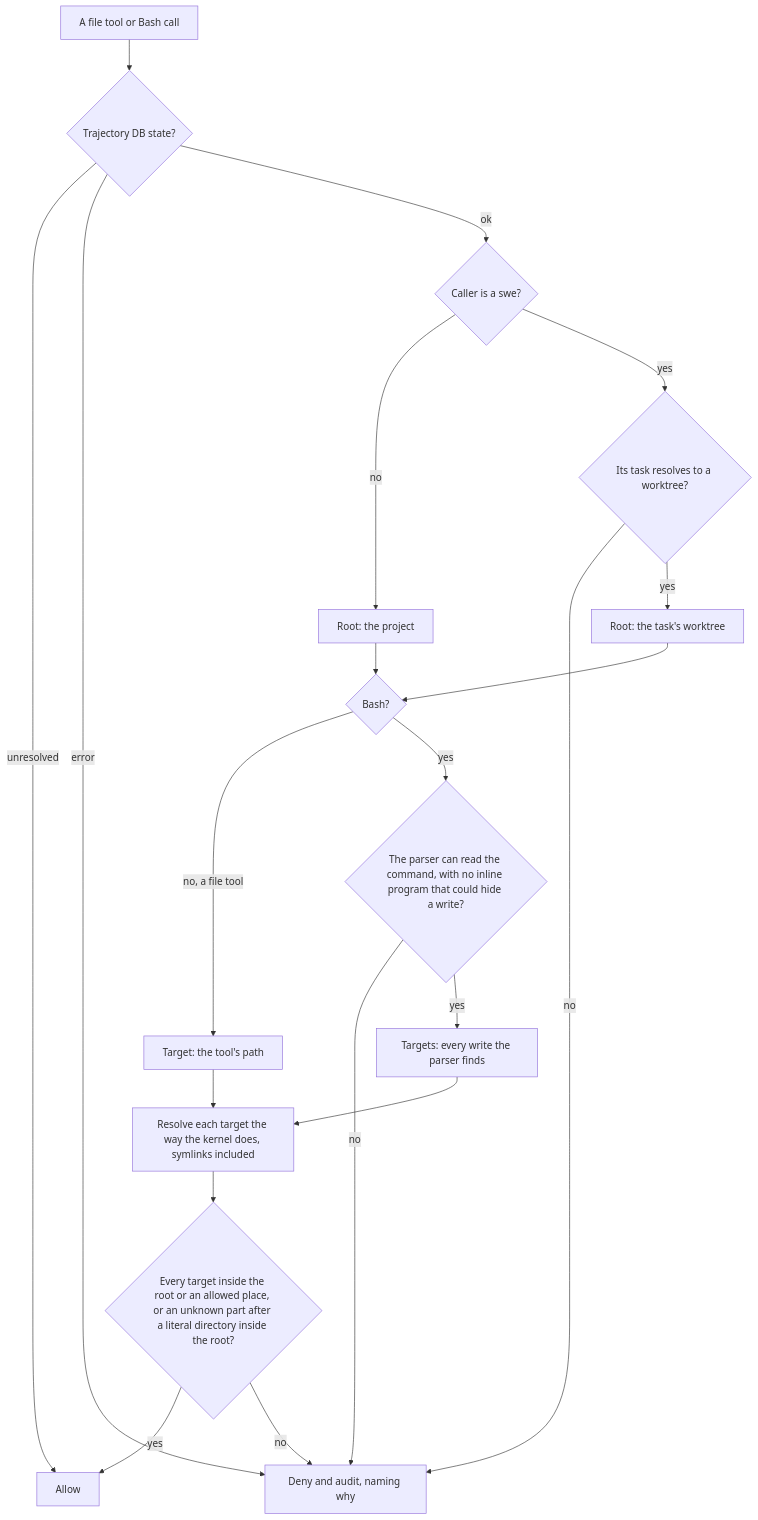
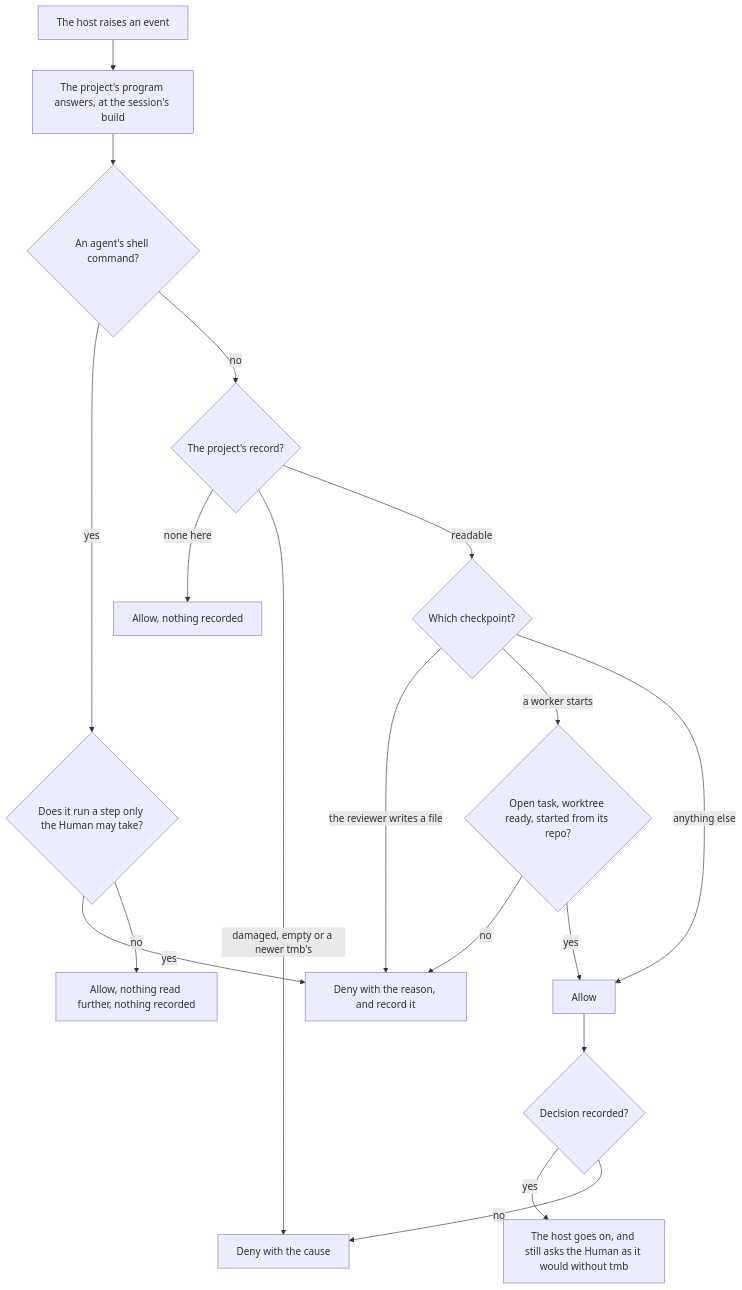
Before and after one commit to trustmybot/tmb: the first of 2 diagrams in docs/architecture/CONTAINMENT.md, drawn with Mermaid. The commit also changed other lines of this file and 38 other files, not shown here.

````diff
--- a/docs/architecture/CONTAINMENT.md
+++ b/docs/architecture/CONTAINMENT.md
@@ -81,22 +59,20 @@
 ```mermaid
 flowchart TD
-    A[A file tool or Bash call] --> B{Trajectory DB state?}
-    B -- unresolved --> OK[Allow]
-    B -- error --> DENY[Deny and audit, naming why]
-    B -- ok --> C{Caller is a swe?}
-    C -- no --> R1[Root: the project]
-    C -- yes --> D{Its task resolves to a worktree?}
-    D -- no --> DENY
-    D -- yes --> R2[Root: the task's worktree]
-    R1 --> E{Bash?}
-    R2 --> E
-    E -- no, a file tool --> T[Target: the tool's path]
-    E -- yes --> P{The parser can read the command, with no inline program that could hide a write?}
-    P -- no --> DENY
-    P -- yes --> T2[Targets: every write the parser finds]
-    T --> K[Resolve each target the way the kernel does, symlinks included]
-    T2 --> K
-    K --> L{Every target inside the root or an allowed place, or an unknown part after a literal directory inside the root?}
-    L -- yes --> OK
-    L -- no --> DENY
+    A[The host raises an event] --> B[The project's program answers, at the session's build]
+    B --> C{An agent's shell command?}
+    C -- yes --> C1{Does it run a step only the Human may take?}
+    C1 -- yes --> DENY[Deny with the reason, and record it]
+    C1 -- no --> SILENT[Allow, nothing read further, nothing recorded]
+    C -- no --> D{The project's record?}
+    D -- none here --> SILENT2[Allow, nothing recorded]
+    D -- "damaged, empty or a newer tmb's" --> DENY2[Deny with the cause]
+    D -- readable --> E{Which checkpoint?}
+    E -- the reviewer writes a file --> DENY
+    E -- a worker starts --> F{Open task, worktree ready, started from its repo?}
+    F -- no --> DENY
+    F -- yes --> G
+    E -- anything else --> G[Allow]
+    G --> H{Decision recorded?}
+    H -- yes --> OK[The host goes on, and still asks the Human as it would without tmb]
+    H -- no --> DENY2
 ```
````
